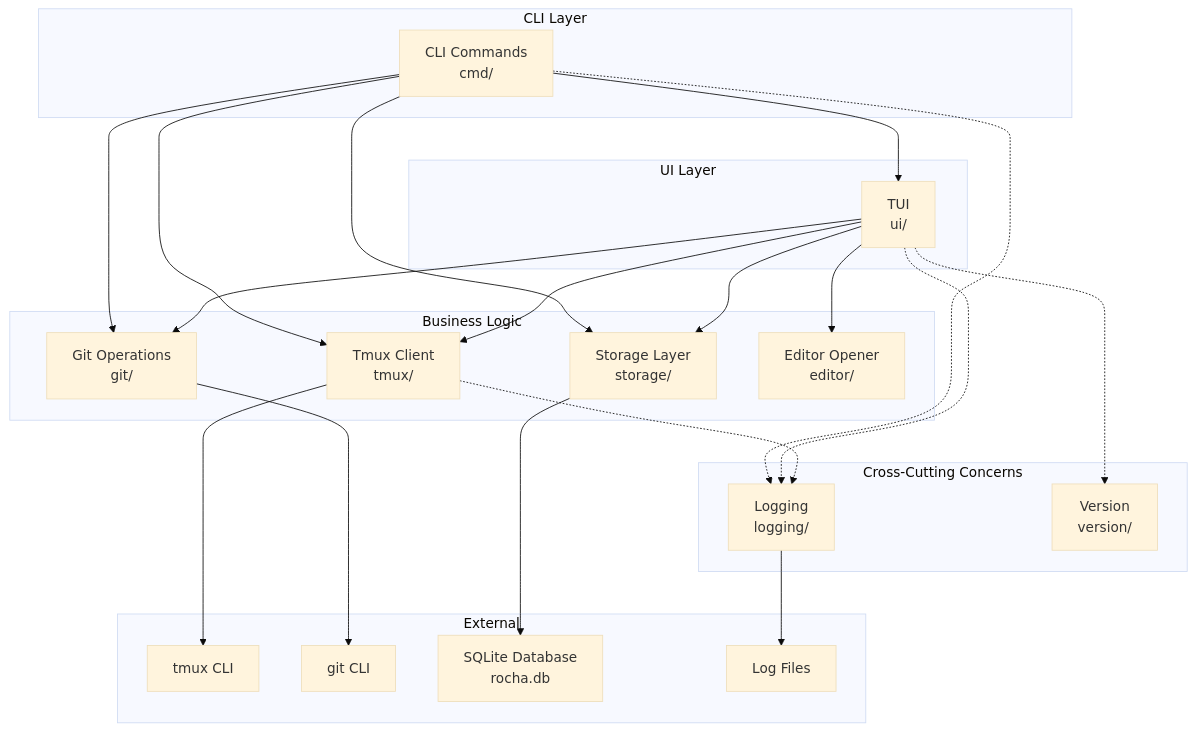
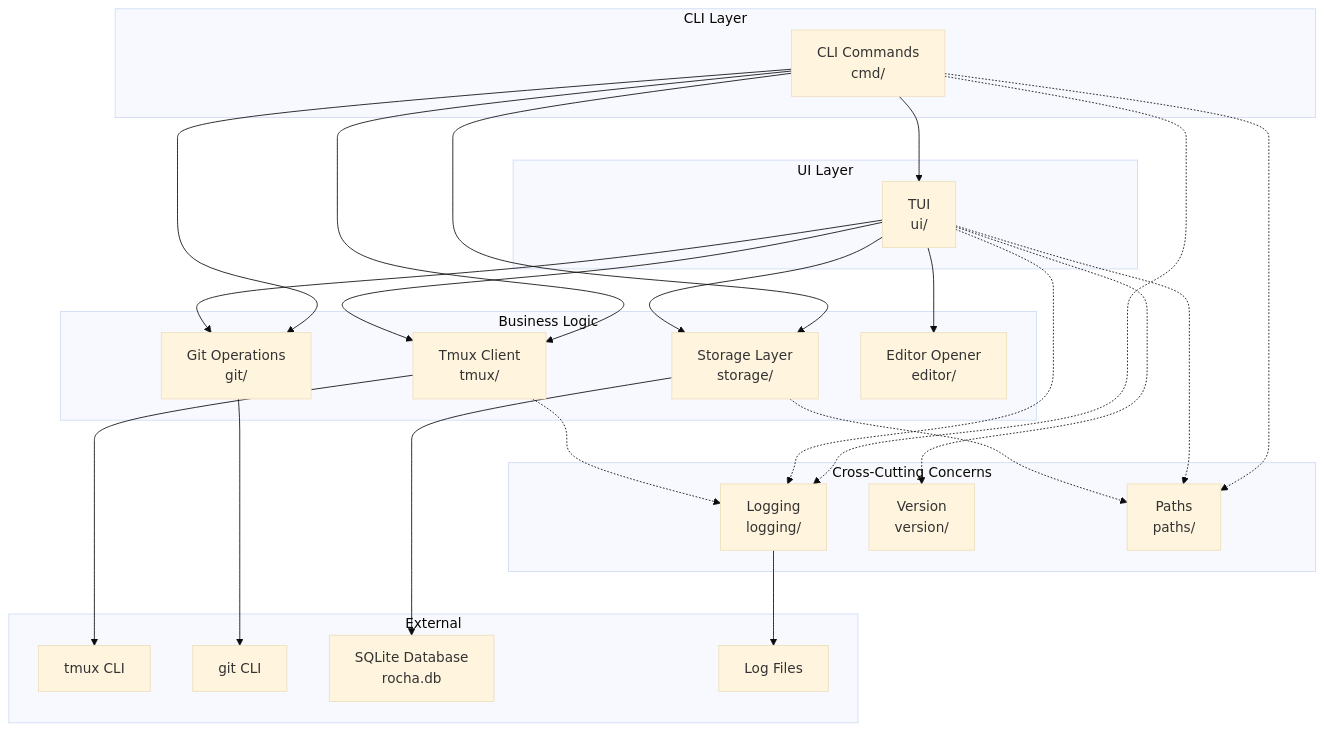
One commit to renato0307/rocha changed the first of 6 diagrams in ARCHITECTURE.md. Above: the diagram before and after it, drawn with Mermaid (base theme). The commit also changed other lines of this file and 13 other files, not shown here.

````diff
--- a/ARCHITECTURE.md
+++ b/ARCHITECTURE.md
@@ -7,48 +7,52 @@
 ```mermaid
 graph TB
     subgraph "CLI Layer"
         CLI[CLI Commands<br/>cmd/]
     end
 
     subgraph "UI Layer"
         TUI[TUI<br/>ui/]
     end
 
     subgraph "Business Logic"
         TMUX[Tmux Client<br/>tmux/]
         STORAGE[Storage Layer<br/>storage/]
         GIT[Git Operations<br/>git/]
         EDITOR[Editor Opener<br/>editor/]
     end
 
     subgraph "Cross-Cutting Concerns"
         LOG[Logging<br/>logging/]
         VER[Version<br/>version/]
+        PATHS[Paths<br/>paths/]
     end
 
     subgraph "External"
         TMUXCLI[tmux CLI]
         GITCLI[git CLI]
         DB[SQLite Database<br/>rocha.db]
         LOGFS[Log Files]
     end
 
     CLI --> TUI
     CLI --> TMUX
     CLI --> GIT
     CLI --> STORAGE
     TUI --> TMUX
     TUI --> STORAGE
     TUI --> GIT
     TUI --> EDITOR
     TMUX --> TMUXCLI
     STORAGE --> DB
     GIT --> GITCLI
 
     %% Cross-cutting concerns (dotted lines)
     CLI -.-> LOG
+    CLI -.-> PATHS
     TUI -.-> LOG
     TUI -.-> VER
+    TUI -.-> PATHS
     TMUX -.-> LOG
+    STORAGE -.-> PATHS
     LOG --> LOGFS
 ```
````
